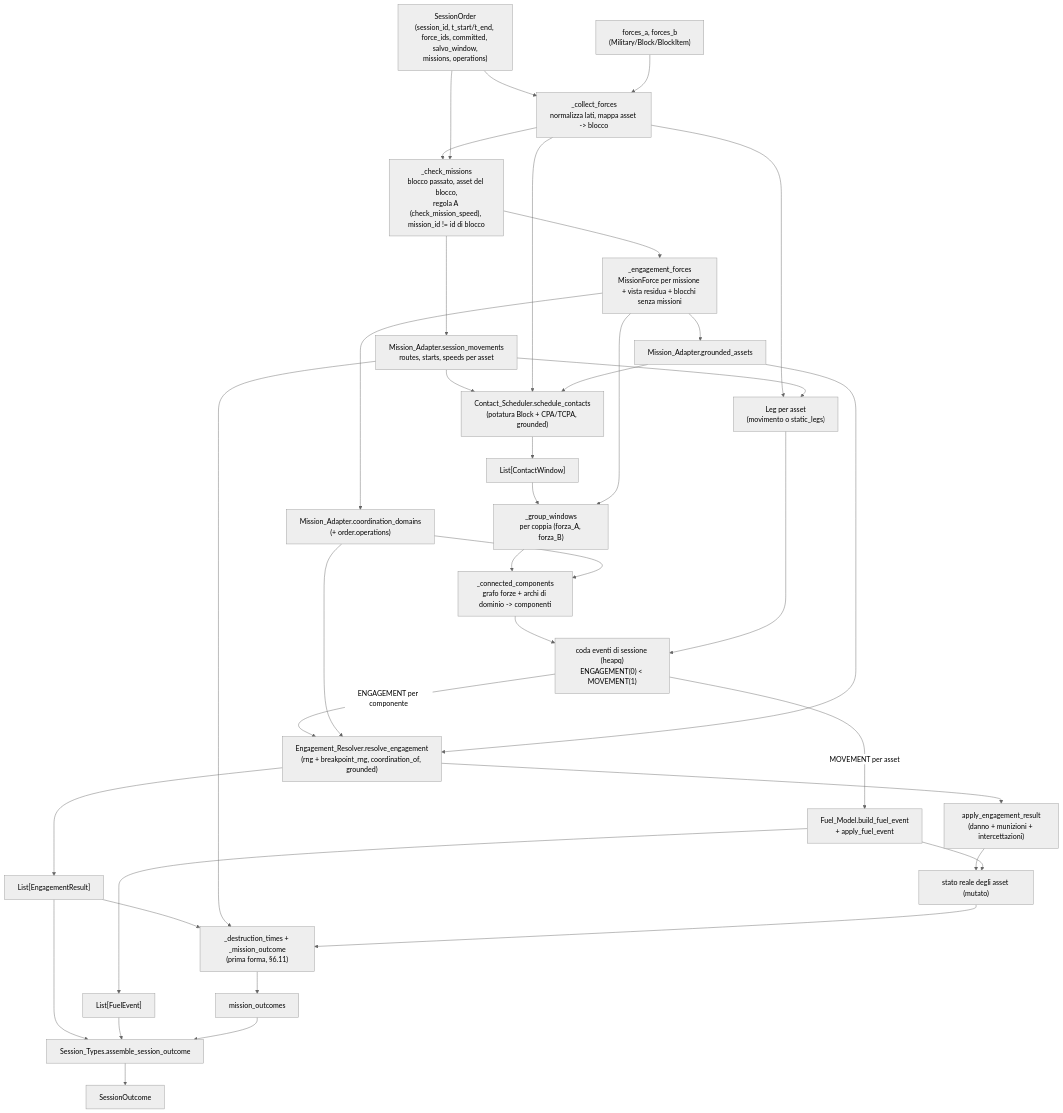
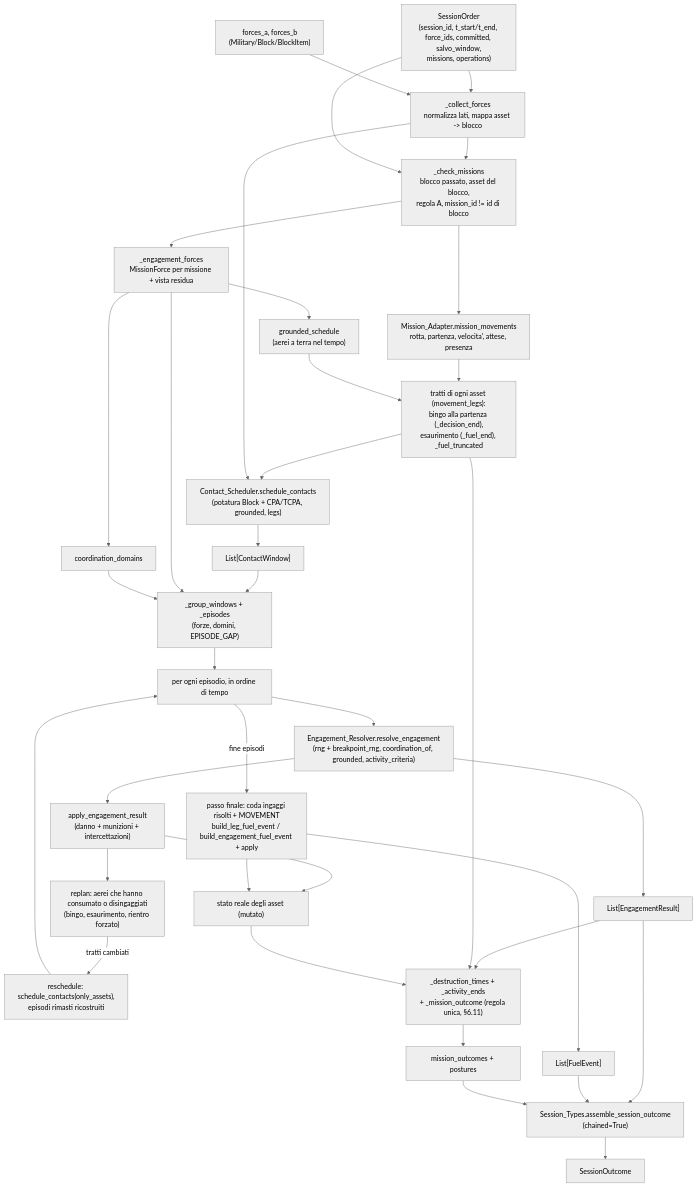
The first of 12 diagrams in Analysis/Document/Manuale_Motore_DES/07_Orchestratore_Session_Simulator.md (MakusIV/Warfare-Model), drawn with Mermaid (neutral theme) before and after one commit. The commit also changed other lines of this file and 9 other files, not shown here.

````diff
--- a/Analysis/Document/Manuale_Motore_DES/07_Orchestratore_Session_Simulator.md
+++ b/Analysis/Document/Manuale_Motore_DES/07_Orchestratore_Session_Simulator.md
@@ -223,51 +265,46 @@
 ```mermaid
 flowchart TD
     ORD["SessionOrder<br/>(session_id, t_start/t_end, force_ids, committed, salvo_window,<br/>missions, operations)"]
     FORCES["forces_a, forces_b<br/>(Military/Block/BlockItem)"]
 
     ORD --> COLLECT["_collect_forces<br/>normalizza lati, mappa asset -> blocco"]
     FORCES --> COLLECT
-    COLLECT --> CHECK["_check_missions<br/>blocco passato, asset del blocco,<br/>regola A (check_mission_speed), mission_id != id di blocco"]
+    COLLECT --> CHECK["_check_missions<br/>blocco passato, asset del blocco,<br/>regola A, mission_id != id di blocco"]
     ORD --> CHECK
-    CHECK --> MA["Mission_Adapter.session_movements<br/>routes, starts, speeds per asset"]
-    CHECK --> EF["_engagement_forces<br/>MissionForce per missione + vista residua + blocchi senza missioni"]
-    EF --> DOM["Mission_Adapter.coordination_domains<br/>(+ order.operations)"]
-    EF --> GRD["Mission_Adapter.grounded_assets"]
+    CHECK --> MA["Mission_Adapter.mission_movements<br/>rotta, partenza, velocita', attese, presenza"]
+    CHECK --> EF["_engagement_forces<br/>MissionForce per missione + vista residua"]
+    EF --> DOM["coordination_domains"]
+    EF --> GRD["grounded_schedule<br/>(aerei a terra nel tempo)"]
 
-    MA --> SCHED["Contact_Scheduler.schedule_contacts<br/>(potatura Block + CPA/TCPA, grounded)"]
+    MA --> LEGS["tratti di ogni asset (movement_legs):<br/>bingo alla partenza (_decision_end),<br/>esaurimento (_fuel_end), _fuel_truncated"]
+    GRD --> LEGS
+    LEGS --> SCHED["Contact_Scheduler.schedule_contacts<br/>(potatura Block + CPA/TCPA, grounded, legs)"]
     COLLECT --> SCHED
-    GRD --> SCHED
+    SCHED --> WINDOWS["List[ContactWindow]"]
+    WINDOWS --> GROUP["_group_windows + _episodes<br/>(forze, domini, EPISODE_GAP)"]
+    EF --> GROUP
+    DOM --> GROUP
 
-    SCHED --> WINDOWS["List[ContactWindow]"]
-    WINDOWS --> GROUP["_group_windows<br/>per coppia (forza_A, forza_B)"]
-    EF --> GROUP
-    GROUP --> COMP["_connected_components<br/>grafo forze + archi di dominio -> componenti"]
-    DOM --> COMP
-
-    COMP --> QUEUE["coda eventi di sessione (heapq)<br/>ENGAGEMENT(0) < MOVEMENT(1)"]
-    COLLECT --> LEGS["Leg per asset<br/>(movimento o static_legs)"]
-    MA --> LEGS
-    LEGS --> QUEUE
-
-    QUEUE -->|ENGAGEMENT per componente| ER["Engagement_Resolver.resolve_engagement<br/>(rng + breakpoint_rng, coordination_of, grounded)"]
-    DOM --> ER
-    GRD --> ER
+    GROUP --> LOOP["per ogni episodio, in ordine di tempo"]
+    LOOP --> ER["Engagement_Resolver.resolve_engagement<br/>(rng + breakpoint_rng, coordination_of, grounded, activity_criteria)"]
     ER --> APPLY["apply_engagement_result<br/>(danno + munizioni + intercettazioni)"]
     APPLY --> STATE["stato reale degli asset (mutato)"]
+    APPLY --> REPLAN["replan: aerei che hanno consumato o disingaggiati<br/>(bingo, esaurimento, rientro forzato)"]
+    REPLAN -->|tratti cambiati| RESCHED["reschedule: schedule_contacts(only_assets),<br/>episodi rimasti ricostruiti"]
+    RESCHED --> LOOP
 
-    QUEUE -->|MOVEMENT per asset| FUEL["Fuel_Model.build_fuel_event<br/>+ apply_fuel_event"]
+    LOOP -->|fine episodi| FUEL["passo finale: coda ingaggi risolti + MOVEMENT<br/>build_leg_fuel_event / build_engagement_fuel_event + apply"]
     FUEL --> STATE
-
     ER --> RESULTS["List[EngagementResult]"]
     FUEL --> FEVENTS["List[FuelEvent]"]
 
-    RESULTS --> MOUT["_destruction_times + _mission_outcome<br/>(prima forma, §6.11)"]
-    MA --> MOUT
+    RESULTS --> MOUT["_destruction_times + _activity_ends<br/>+ _mission_outcome (regola unica, §6.11)"]
+    LEGS --> MOUT
     STATE --> MOUT
-    MOUT --> MOS["mission_outcomes"]
+    MOUT --> MOS["mission_outcomes + postures"]
 
-    RESULTS --> ASSEMBLE["Session_Types.assemble_session_outcome"]
+    RESULTS --> ASSEMBLE["Session_Types.assemble_session_outcome<br/>(chained=True)"]
     FEVENTS --> ASSEMBLE
     MOS --> ASSEMBLE
     ASSEMBLE --> OUT["SessionOutcome"]
 ```
````
